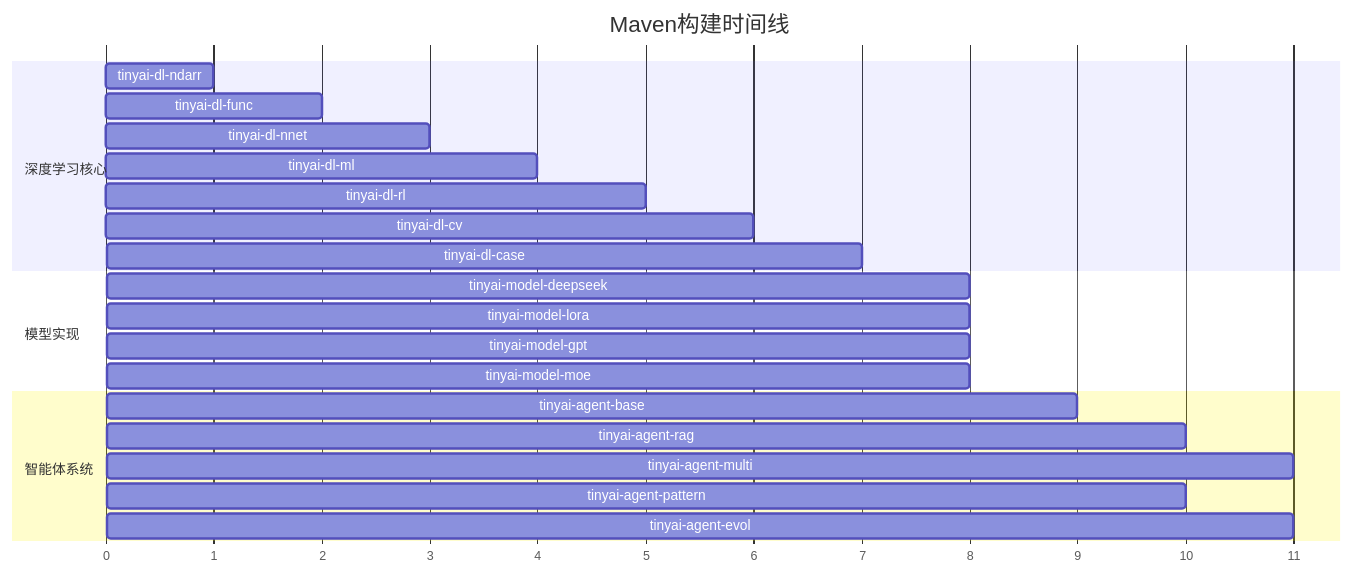
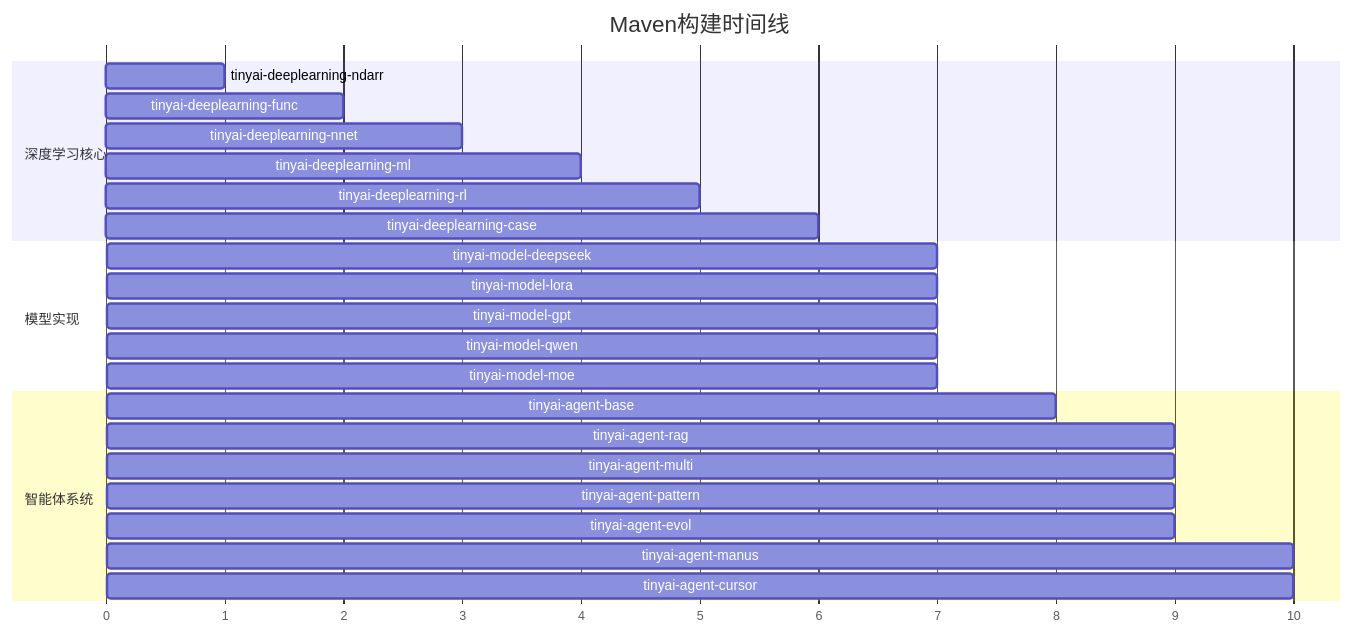
One commit to Leavesfly/TinyAI changed the fifth of 6 diagrams in .qoder/repowiki/zh/content/技术架构/构建系统与模块化/模块化配置.md. Above: the diagram before and after it, drawn with Mermaid. The commit also changed other lines of this file and 40 other files, not shown here.

````diff
--- a/.qoder/repowiki/zh/content/技术架构/构建系统与模块化/模块化配置.md
+++ b/.qoder/repowiki/zh/content/技术架构/构建系统与模块化/模块化配置.md
@@ -403,25 +436,27 @@
 ```mermaid
 gantt
 title Maven构建时间线
 dateFormat X
 axisFormat %s
 section 深度学习核心
-tinyai-dl-ndarr :0, 1
-tinyai-dl-func :1, 2
-tinyai-dl-nnet :2, 3
-tinyai-dl-ml :3, 4
-tinyai-dl-rl :4, 5
-tinyai-dl-cv :5, 6
-tinyai-dl-case :6, 7
+tinyai-deeplearning-ndarr :0, 1
+tinyai-deeplearning-func :1, 2
+tinyai-deeplearning-nnet :2, 3
+tinyai-deeplearning-ml :3, 4
+tinyai-deeplearning-rl :4, 5
+tinyai-deeplearning-case :5, 6
 section 模型实现
-tinyai-model-deepseek :7, 8
-tinyai-model-lora :7, 8
-tinyai-model-gpt :7, 8
-tinyai-model-moe :7, 8
+tinyai-model-deepseek :6, 7
+tinyai-model-lora :6, 7
+tinyai-model-gpt :6, 7
+tinyai-model-qwen :6, 7
+tinyai-model-moe :6, 7
 section 智能体系统
-tinyai-agent-base :8, 9
-tinyai-agent-rag :9, 10
-tinyai-agent-multi :9, 11
-tinyai-agent-pattern :9, 10
-tinyai-agent-evol :9, 11
+tinyai-agent-base :7, 8
+tinyai-agent-rag :8, 9
+tinyai-agent-multi :8, 9
+tinyai-agent-pattern :8, 9
+tinyai-agent-evol :8, 9
+tinyai-agent-manus :9, 10
+tinyai-agent-cursor :9, 10
 ```
````
